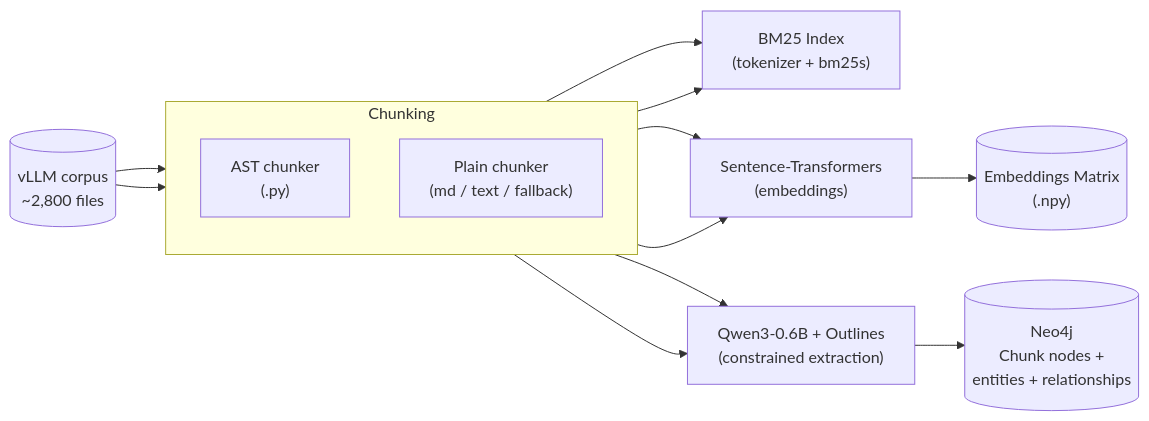
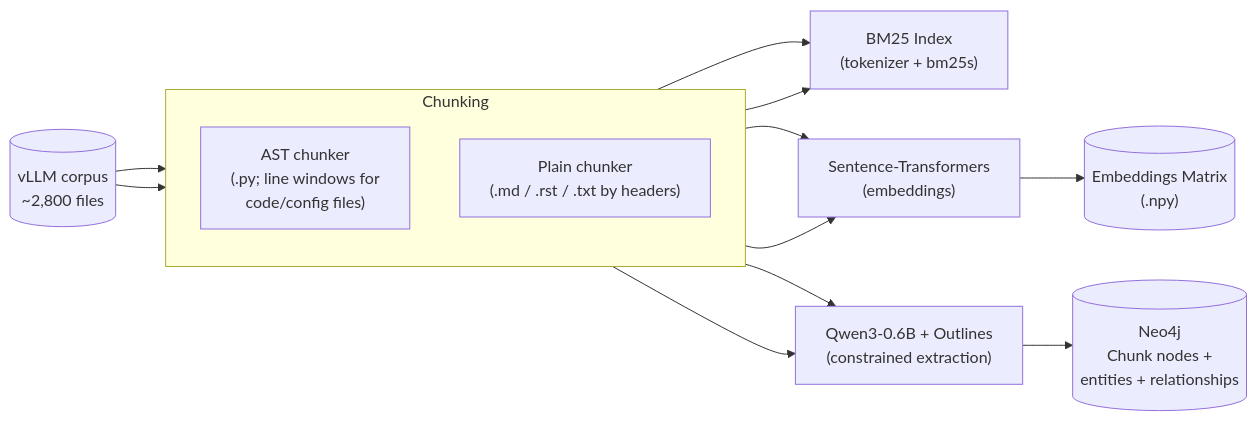
One commit to DimYiannis/Constrained-GraphRag changed the first of 2 diagrams in README.md. Above: the diagram before and after it, drawn with Mermaid. The commit also changed other lines of this file and 1 other file, not shown here.

````diff
--- a/README.md
+++ b/README.md
@@ -56,27 +60,27 @@
 ```mermaid
 flowchart LR
     corpus[("vLLM corpus<br/>~2,800 files")]
 
     subgraph chunking["Chunking"]
         direction TB
-        ast["AST chunker<br/>(.py)"]
-        plain["Plain chunker<br/>(md / text / fallback)"]
+        ast["AST chunker<br/>(.py; line windows for<br/>code/config files)"]
+        plain["Plain chunker<br/>(.md / .rst / .txt by headers)"]
     end
 
     bm25["BM25 Index<br/>(tokenizer + bm25s)"]
     semb["Sentence-Transformers<br/>(embeddings)"]
     embmatrix[("Embeddings Matrix<br/>(.npy)")]
     qwen["Qwen3-0.6B + Outlines<br/>(constrained extraction)"]
     neodb[("Neo4j<br/>Chunk nodes +<br/>entities + relationships")]
 
     corpus --> ast
     corpus --> plain
     ast --> bm25
     plain --> bm25
     ast --> semb
     plain --> semb
     semb --> embmatrix
     ast --> qwen
     plain --> qwen
     qwen --> neodb
 ```
````
